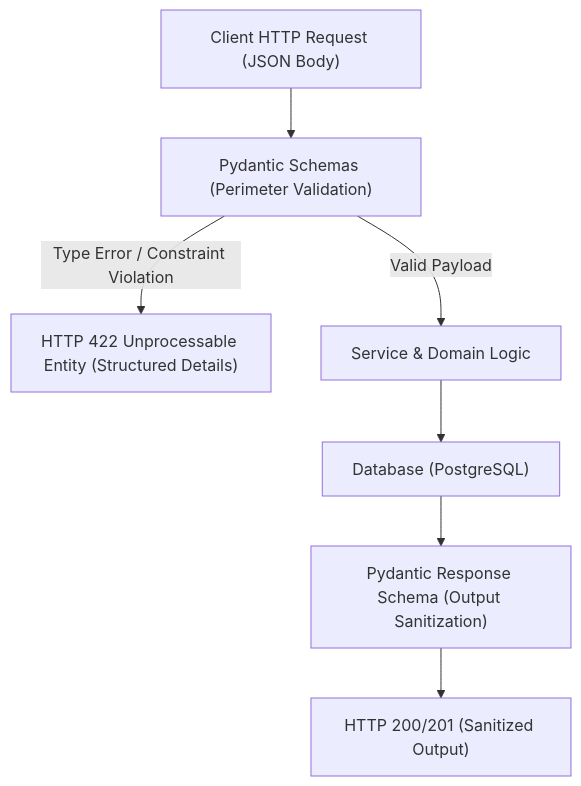
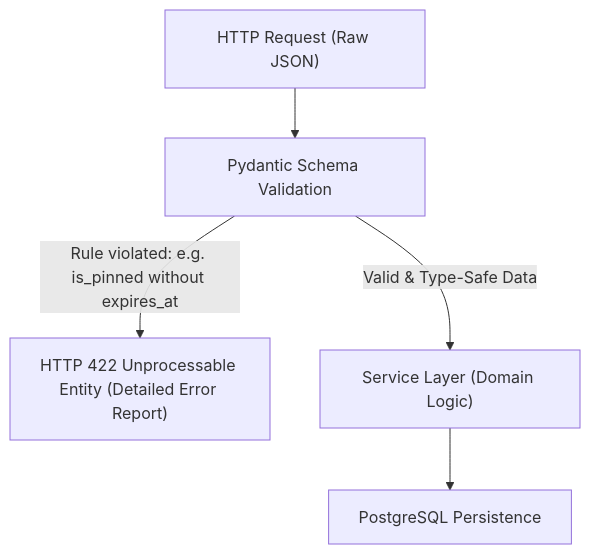
Before and after one commit to Pascal-Thommen/pascal-thommen.github.io: the second of 3 diagrams in content/posts/upa-campus-app-architecture-part-5/index.en.md, drawn with Mermaid. The commit also changed other lines of this file and 20 other files, not shown here.

Commit message:
feat(posts): refine UPA Campus App architecture series with holistic webapp mental model and specification depth

````diff
--- a/content/posts/upa-campus-app-architecture-part-5/index.en.md
+++ b/content/posts/upa-campus-app-architecture-part-5/index.en.md
@@ -94,9 +57,7 @@
 ```mermaid
 flowchart TD
-    ClientReq["Client HTTP Request (JSON Body)"] --> Parser["Pydantic Schemas (Perimeter Validation)"]
-    Parser -->|Type Error / Constraint Violation| ErrResp["HTTP 422 Unprocessable Entity (Structured Details)"]
-    Parser -->|Valid Payload| Domain["Service & Domain Logic"]
-    Domain --> DB["Database (PostgreSQL)"]
-    DB --> OutSchema["Pydantic Response Schema (Output Sanitization)"]
-    OutSchema --> ClientResp["HTTP 200/201 (Sanitized Output)"]
+    ClientReq["HTTP Request (Raw JSON)"] --> Parser["Pydantic Schema Validation"]
+    Parser -->|Rule violated: e.g. is_pinned without expires_at| ErrResp["HTTP 422 Unprocessable Entity (Detailed Error Report)"]
+    Parser -->|Valid & Type-Safe Data| Domain["Service Layer (Domain Logic)"]
+    Domain --> DB["PostgreSQL Persistence"]
 ```
````
